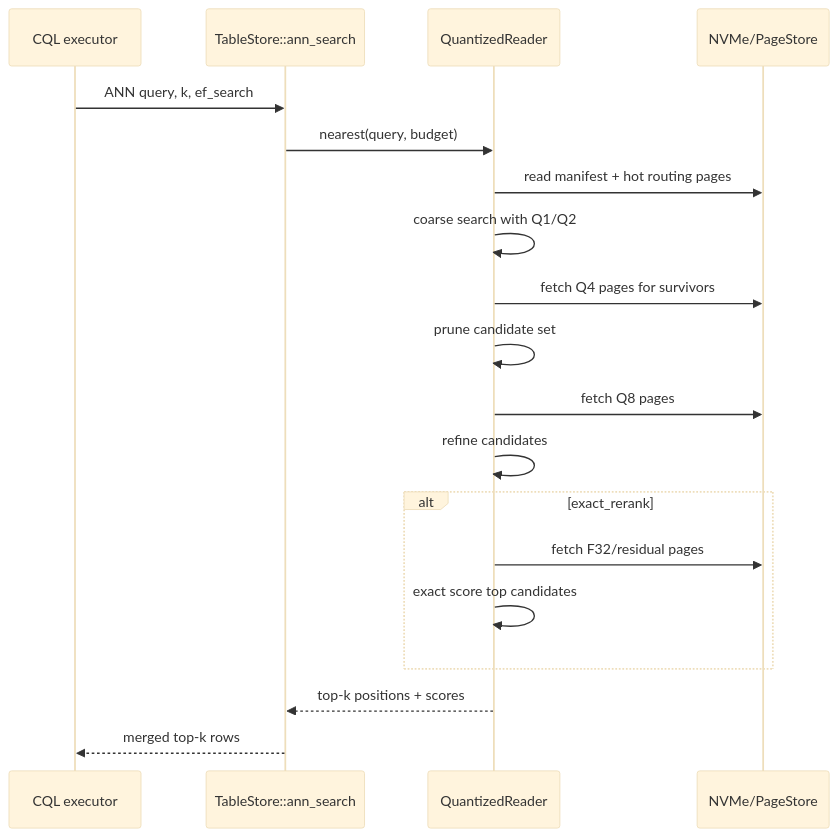
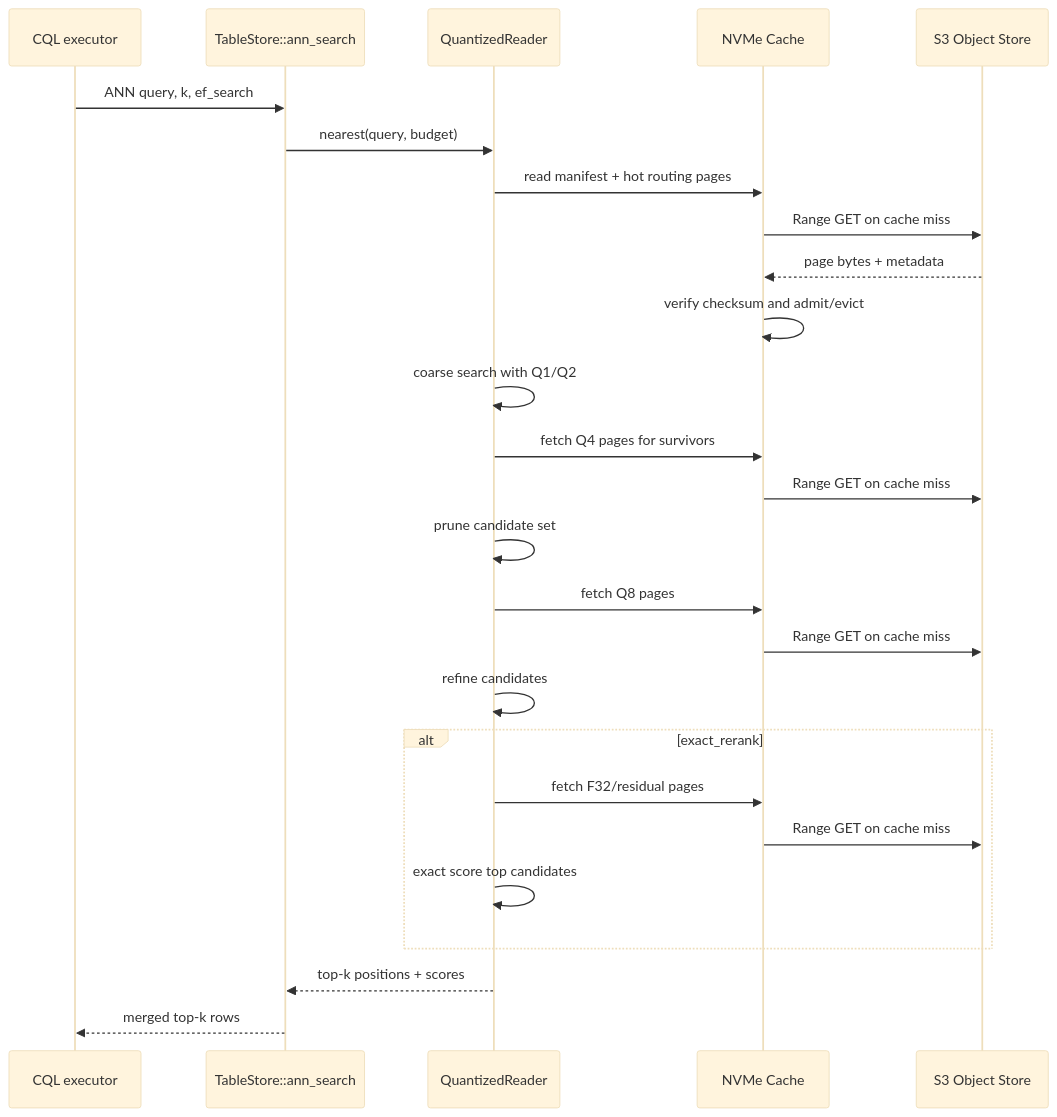
One commit to ferrosadb/ferrosa changed the third of 3 diagrams in specs/hierarchical-vector-quantization.md. Above: the diagram before and after it, drawn with Mermaid (base theme). The commit also changed other lines of this file, not shown here.

````diff
--- a/specs/hierarchical-vector-quantization.md
+++ b/specs/hierarchical-vector-quantization.md
@@ -235,22 +339,29 @@
 ```mermaid
 sequenceDiagram
     participant CQL as CQL executor
     participant Store as TableStore::ann_search
     participant Reader as QuantizedReader
-    participant NVMe as NVMe/PageStore
+    participant Cache as NVMe Cache
+    participant S3 as S3 Object Store
 
     CQL->>Store: ANN query, k, ef_search
     Store->>Reader: nearest(query, budget)
-    Reader->>NVMe: read manifest + hot routing pages
+    Reader->>Cache: read manifest + hot routing pages
+    Cache->>S3: Range GET on cache miss
+    S3-->>Cache: page bytes + metadata
+    Cache->>Cache: verify checksum and admit/evict
     Reader->>Reader: coarse search with Q1/Q2
-    Reader->>NVMe: fetch Q4 pages for survivors
+    Reader->>Cache: fetch Q4 pages for survivors
+    Cache->>S3: Range GET on cache miss
     Reader->>Reader: prune candidate set
-    Reader->>NVMe: fetch Q8 pages
+    Reader->>Cache: fetch Q8 pages
+    Cache->>S3: Range GET on cache miss
     Reader->>Reader: refine candidates
     alt exact_rerank
-        Reader->>NVMe: fetch F32/residual pages
+        Reader->>Cache: fetch F32/residual pages
+        Cache->>S3: Range GET on cache miss
         Reader->>Reader: exact score top candidates
     end
     Reader-->>Store: top-k positions + scores
     Store-->>CQL: merged top-k rows
 ```
````
